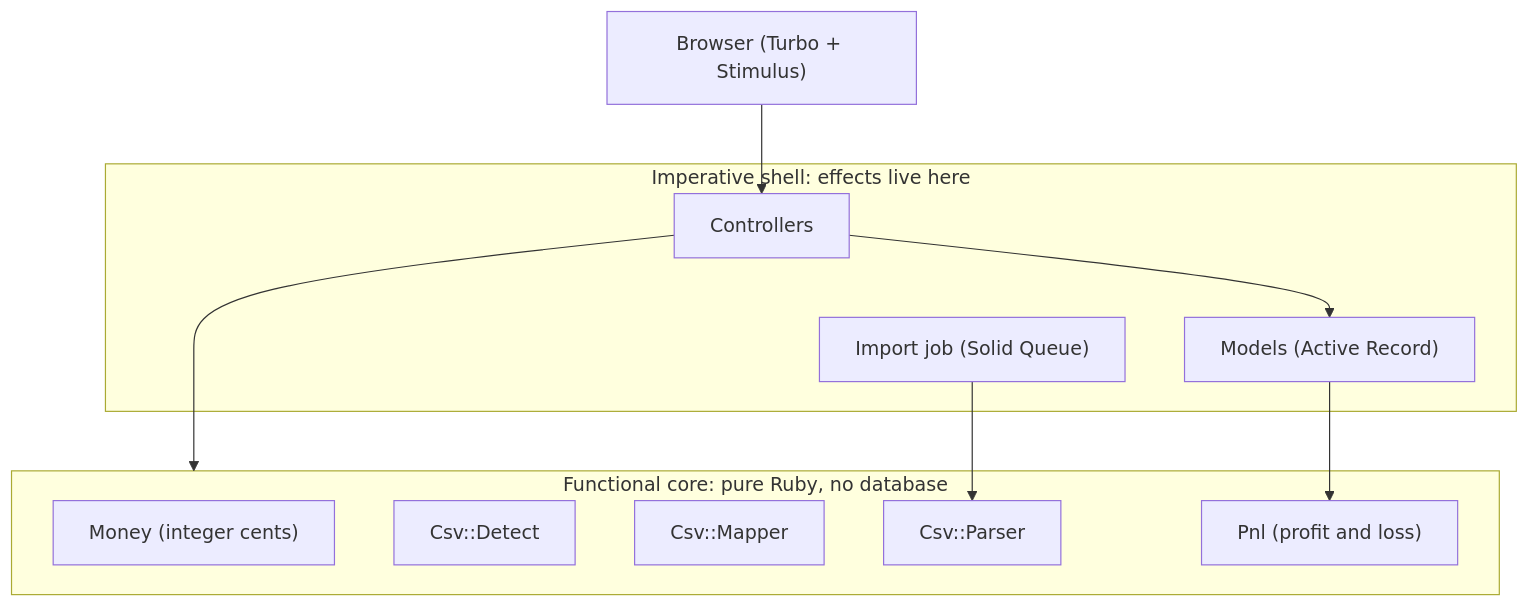
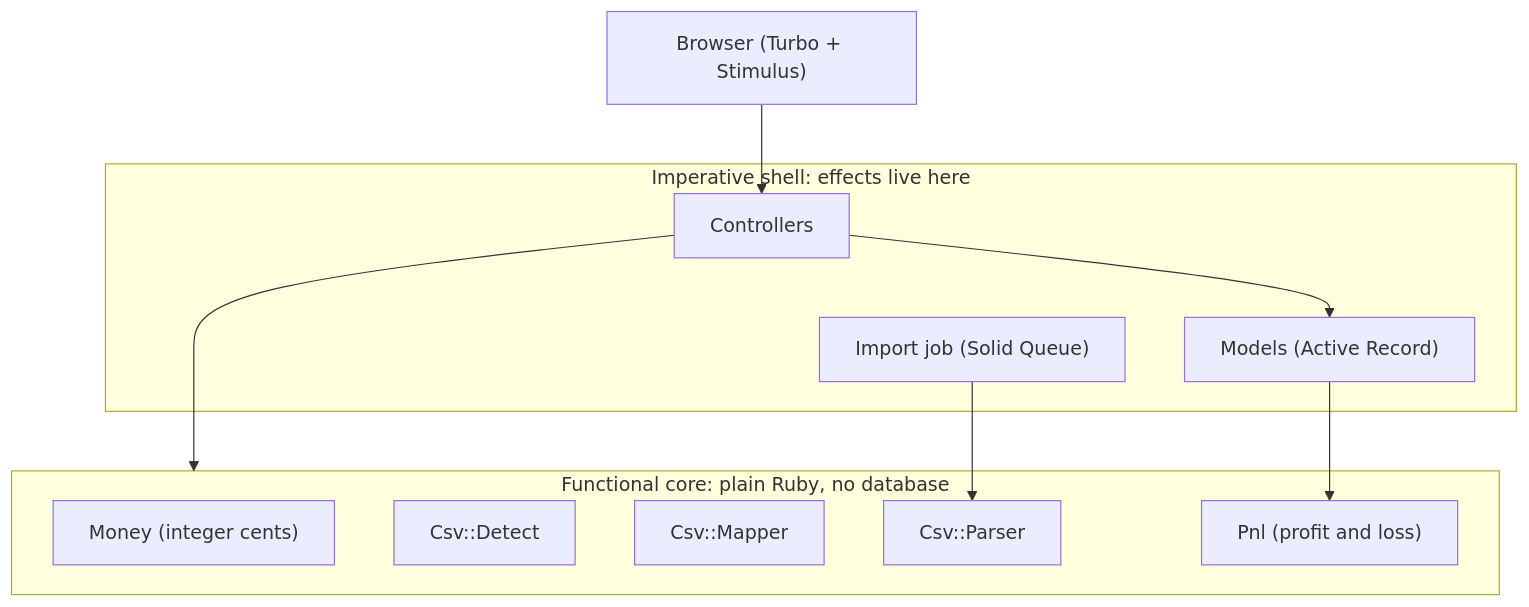
Before and after one commit to luckyalvinyc/ledgerly: the first of 4 diagrams in README.md, drawn with Mermaid. The commit also changed other lines of this file, not shown here.

Commit message:
describe the core honestly: the csv readers stream input

````diff
--- a/README.md
+++ b/README.md
@@ -64,24 +66,24 @@
 ```mermaid
 flowchart TB
   Browser["Browser (Turbo + Stimulus)"]
 
   subgraph Shell["Imperative shell: effects live here"]
     Controllers
     Models["Models (Active Record)"]
     Job["Import job (Solid Queue)"]
   end
 
-  subgraph Core["Functional core: pure Ruby, no database"]
+  subgraph Core["Functional core: plain Ruby, no database"]
     Money["Money (integer cents)"]
     Detect["Csv::Detect"]
     Mapper["Csv::Mapper"]
     Parser["Csv::Parser"]
     Pnl["Pnl (profit and loss)"]
   end
 
   Browser --> Controllers
   Controllers --> Models
   Controllers --> Core
   Job --> Parser
   Models --> Pnl
 ```
````
